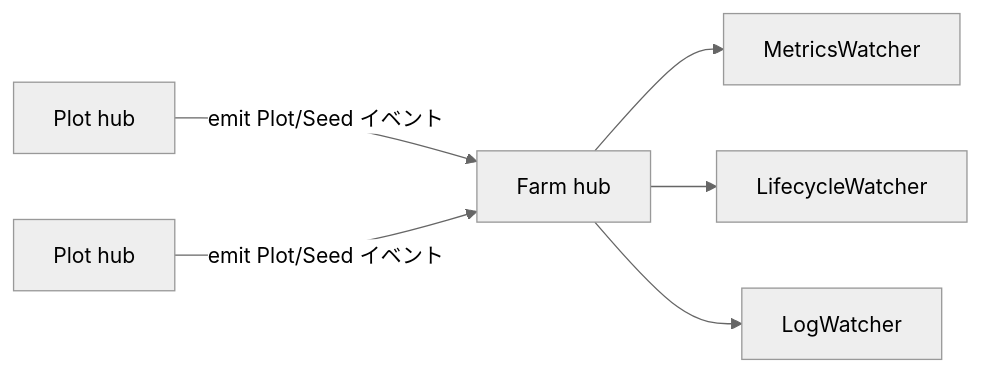
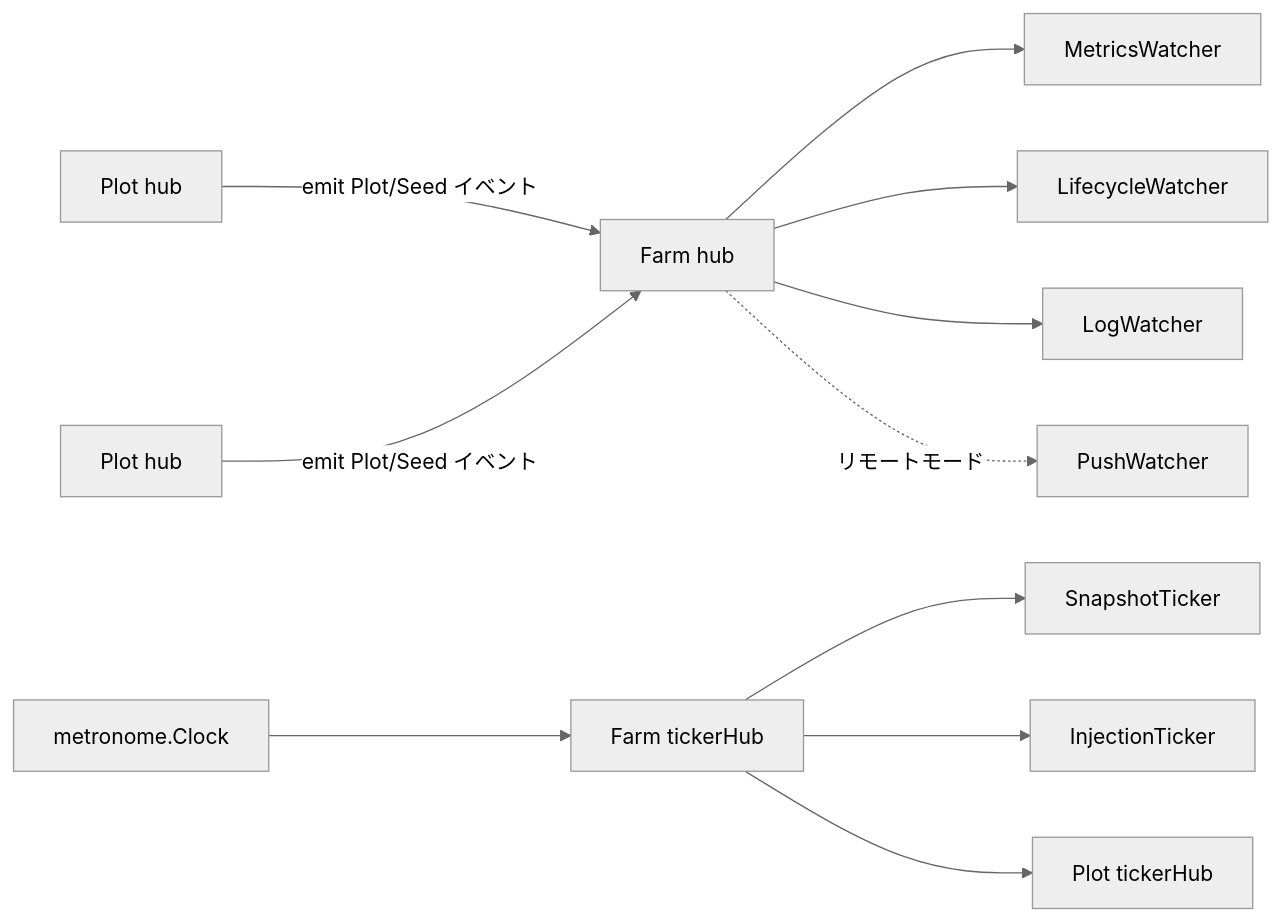
The second of 2 diagrams in docs/ja/pkg/assembly/assembly.md (Mr-xiaotian/CelestialGrow), drawn with Mermaid (neutral theme) before and after one commit. The commit also changed other lines of this file and 99 other files, not shown here.

````diff
--- a/docs/ja/pkg/assembly/assembly.md
+++ b/docs/ja/pkg/assembly/assembly.md
@@ -180,8 +227,14 @@
 ```mermaid
 flowchart LR
     P1[Plot hub] -->|emit Plot/Seed イベント| FH[Farm hub]
     P2[Plot hub] -->|emit Plot/Seed イベント| FH
     FH --> M[MetricsWatcher]
     FH --> LC[LifecycleWatcher]
     FH --> L[LogWatcher]
+    FH -.リモートモード.-> PW[PushWatcher]
+
+    CLK[metronome.Clock] --> TH[Farm tickerHub]
+    TH --> ST[SnapshotTicker]
+    TH --> IT[InjectionTicker]
+    TH --> PH1[Plot tickerHub]
 ```
````
